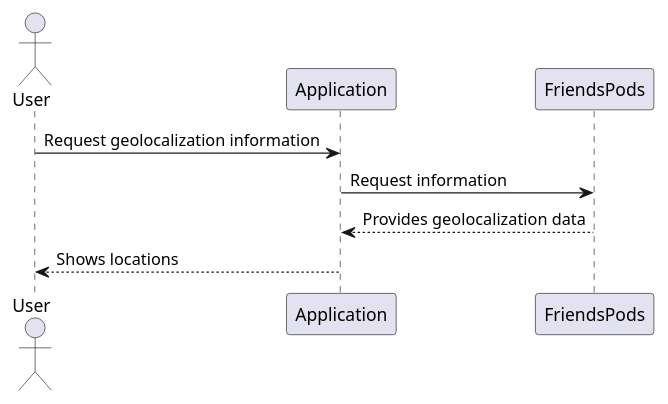
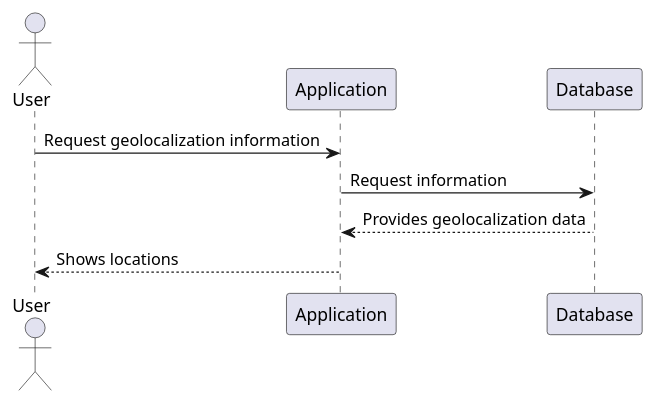
One commit to Arquisoft/radarin_es3a changed the fourth of 4 diagrams in webapp/docs/06_runtime_view.adoc. Above: the diagram before and after it, drawn with PlantUML. The commit also changed other lines of this file, not shown here.

```diff
--- a/webapp/docs/06_runtime_view.adoc
+++ b/webapp/docs/06_runtime_view.adoc
@@ -65,8 +95,8 @@
 [plantuml,"Geolocate friends diagram",png]
 ----
 actor User
 User -> Application: Request geolocalization information
-Application -> FriendsPods: Request information
-FriendsPods --> Application: Provides geolocalization data
+Application -> Database: Request information
+Database --> Application: Provides geolocalization data
 Application --> User: Shows locations
 ----
```
